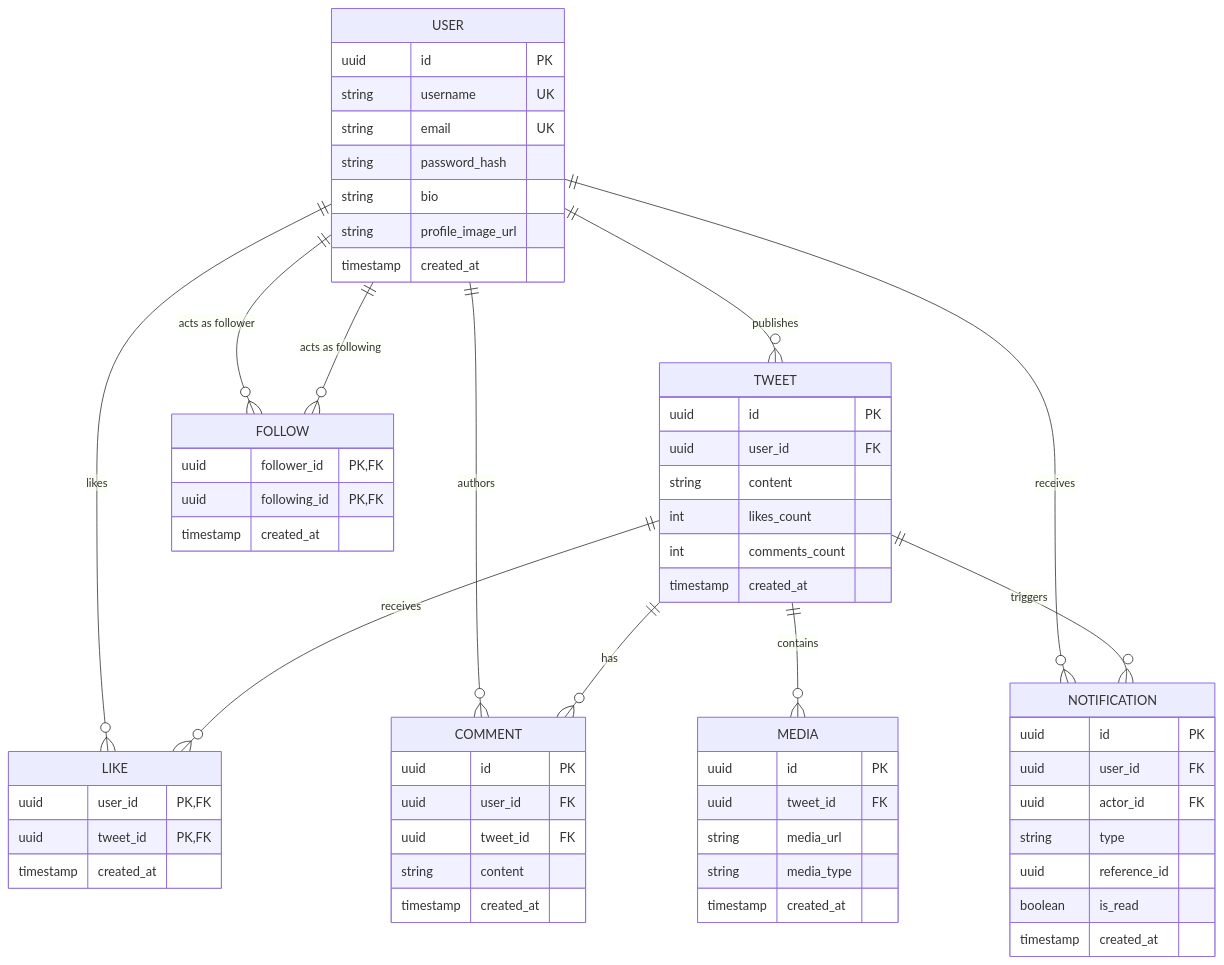
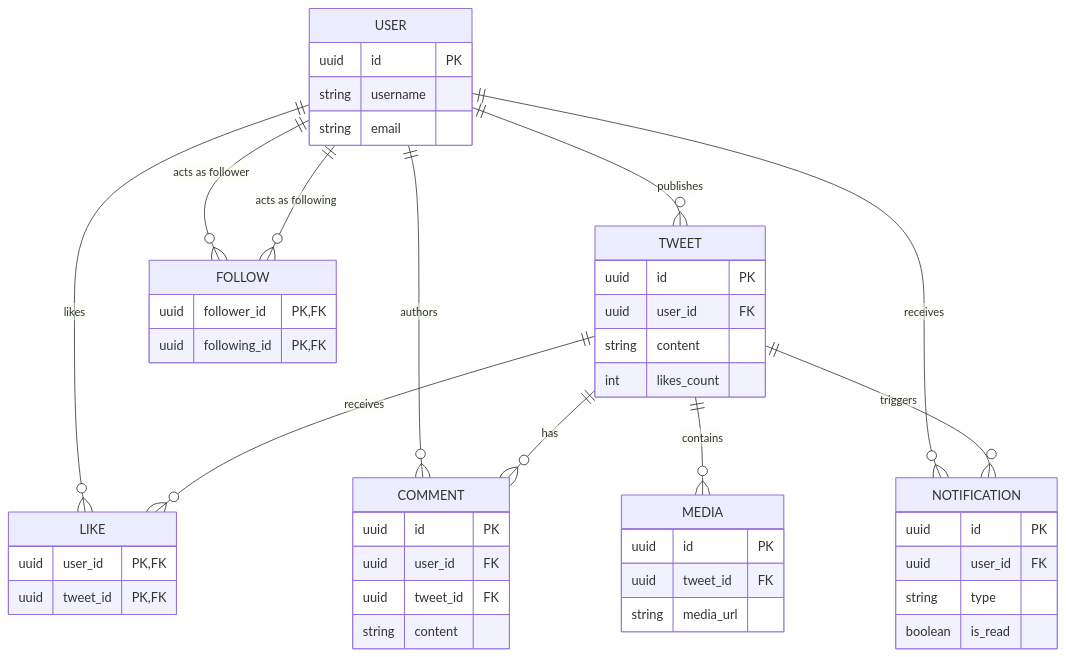
The diagram in docs/04-domain-modeling.md (gSIREESH24/Twitter_Backend), drawn with Mermaid before and after one commit. The commit also changed other lines of this file and 10 other files, not shown here.

````diff
--- a/docs/04-domain-modeling.md
+++ b/docs/04-domain-modeling.md
@@ -38,71 +25,57 @@
 ```mermaid
 erDiagram
     USER ||--o{ TWEET : "publishes"
     USER ||--o{ FOLLOW : "acts as follower"
     USER ||--o{ FOLLOW : "acts as following"
     USER ||--o{ LIKE : "likes"
     USER ||--o{ COMMENT : "authors"
     USER ||--o{ NOTIFICATION : "receives"
     
     TWEET ||--o{ LIKE : "receives"
     TWEET ||--o{ COMMENT : "has"
     TWEET ||--o{ MEDIA : "contains"
     TWEET ||--o{ NOTIFICATION : "triggers"
 
     USER {
         uuid id PK
-        string username UK
-        string email UK
-        string password_hash
-        string bio
-        string profile_image_url
-        timestamp created_at
+        string username
+        string email
     }
 
     TWEET {
         uuid id PK
         uuid user_id FK
         string content
         int likes_count
-        int comments_count
-        timestamp created_at
     }
 
     FOLLOW {
         uuid follower_id PK, FK
         uuid following_id PK, FK
-        timestamp created_at
     }
 
     LIKE {
         uuid user_id PK, FK
         uuid tweet_id PK, FK
-        timestamp created_at
     }
 
     COMMENT {
         uuid id PK
         uuid user_id FK
         uuid tweet_id FK
         string content
-        timestamp created_at
     }
 
     NOTIFICATION {
         uuid id PK
         uuid user_id FK
-        uuid actor_id FK
         string type
-        uuid reference_id
         boolean is_read
-        timestamp created_at
     }
 
     MEDIA {
         uuid id PK
         uuid tweet_id FK
         string media_url
-        string media_type
-        timestamp created_at
     }
 ```
````
